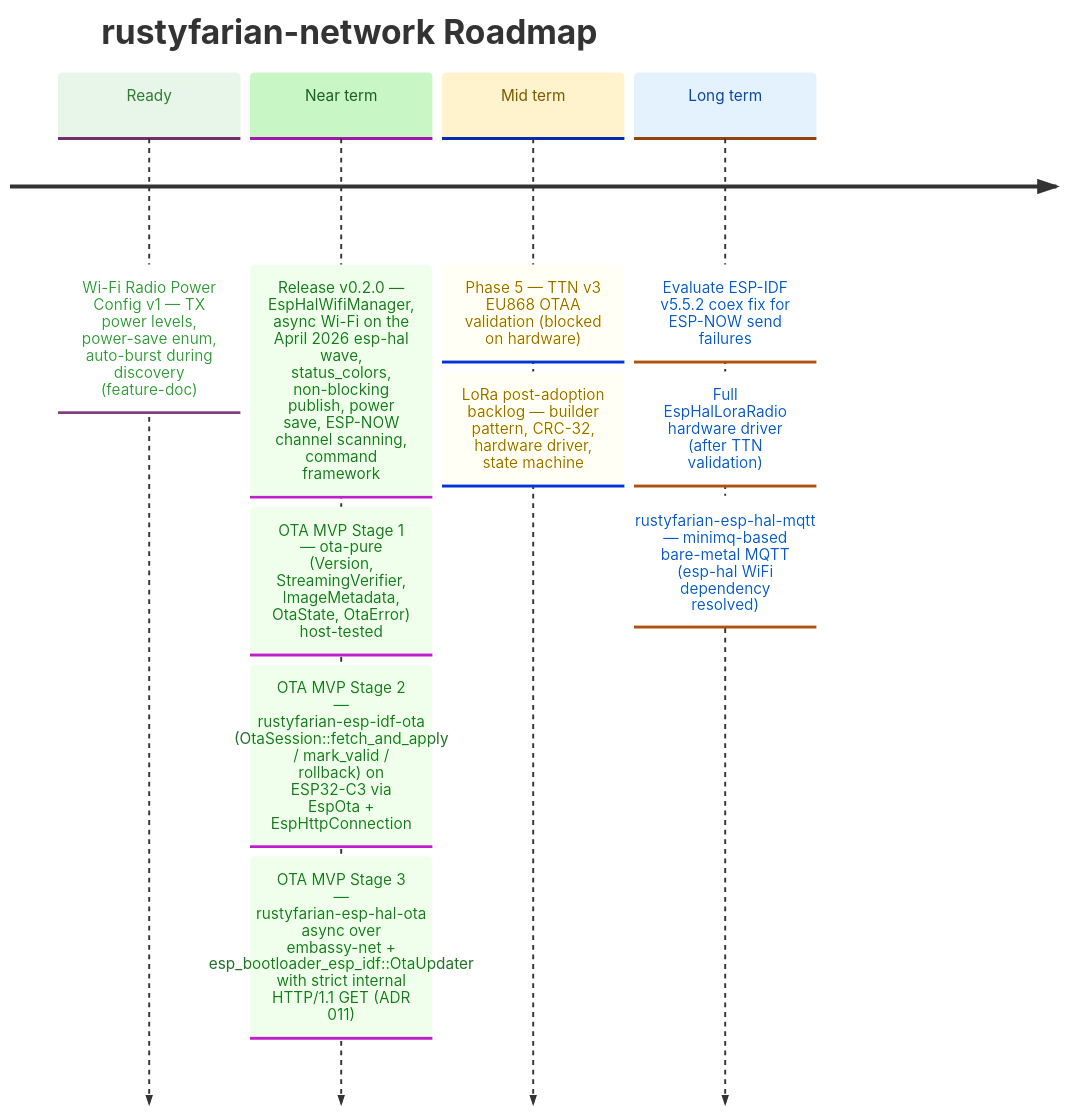
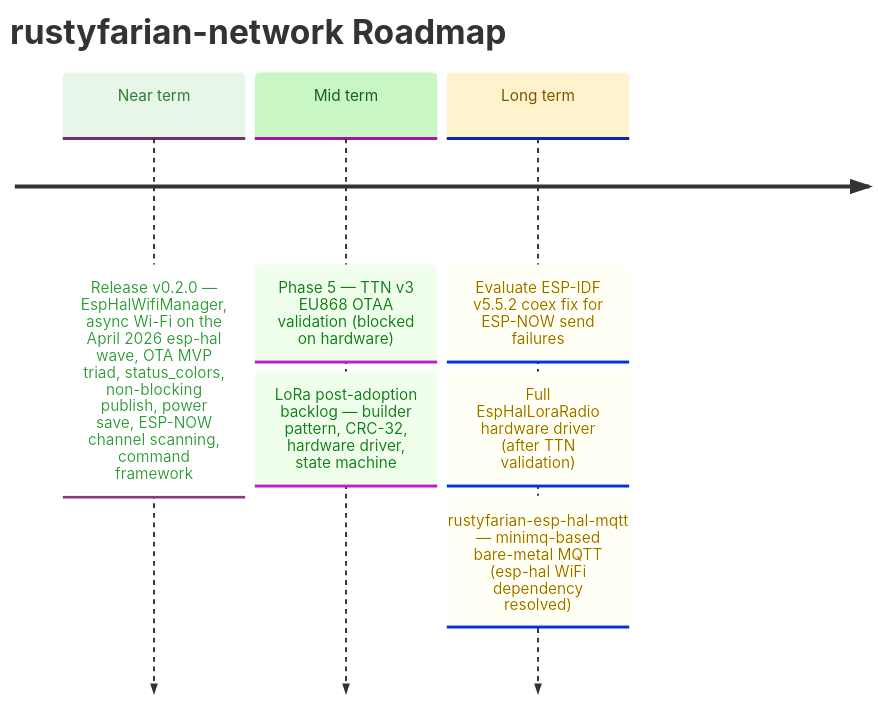
One commit to datenkollektiv/rustyfarian-network changed the diagram in docs/ROADMAP.md. Above: the diagram before and after it, drawn with Mermaid. The commit also changed other lines of this file and 9 other files, not shown here.

Commit message:
Update .gitignore, CHANGELOG, and ROADMAP for April 2026 stack upgrade

````diff
--- a/docs/ROADMAP.md
+++ b/docs/ROADMAP.md
@@ -10,32 +11,27 @@
 ```mermaid
 %%{init: {
   "theme": "base",
   "themeVariables": {
     "cScale0": "#e8f5e9",
     "cScaleLabel0": "#2e7d32",
     "cScale1": "#c8f7c5",
     "cScaleLabel1": "#1b5e20",
     "cScale2": "#fff3cd",
     "cScaleLabel2": "#7a5a00",
     "cScale3": "#e3f2fd",
     "cScaleLabel3": "#0d47a1"
   }
 }}%%
 
 timeline
     title rustyfarian-network Roadmap
 
-    Ready     : Wi-Fi Radio Power Config v1 — TX power levels, power-save enum, auto-burst during discovery (feature-doc)
-
-    Near term : Release v0.2.0 — EspHalWifiManager, async Wi-Fi on the April 2026 esp-hal wave, status_colors, non-blocking publish, power save, ESP-NOW channel scanning, command framework
-              : OTA MVP Stage 1 — ota-pure (Version, StreamingVerifier, ImageMetadata, OtaState, OtaError) host-tested
-              : OTA MVP Stage 2 — rustyfarian-esp-idf-ota (OtaSession::fetch_and_apply / mark_valid / rollback) on ESP32-C3 via EspOta + EspHttpConnection
-              : OTA MVP Stage 3 — rustyfarian-esp-hal-ota async over embassy-net + esp_bootloader_esp_idf::OtaUpdater with strict internal HTTP/1.1 GET (ADR 011)
+    Near term : Release v0.2.0 — EspHalWifiManager, async Wi-Fi on the April 2026 esp-hal wave, OTA MVP triad, status_colors, non-blocking publish, power save, ESP-NOW channel scanning, command framework
 
     Mid term  : Phase 5 — TTN v3 EU868 OTAA validation (blocked on hardware)
               : LoRa post-adoption backlog — builder pattern, CRC-32, hardware driver, state machine
 
     Long term : Evaluate ESP-IDF v5.5.2 coex fix for ESP-NOW send failures
               : Full EspHalLoraRadio hardware driver (after TTN validation)
               : rustyfarian-esp-hal-mqtt — minimq-based bare-metal MQTT (esp-hal WiFi dependency resolved)
 ```
````
